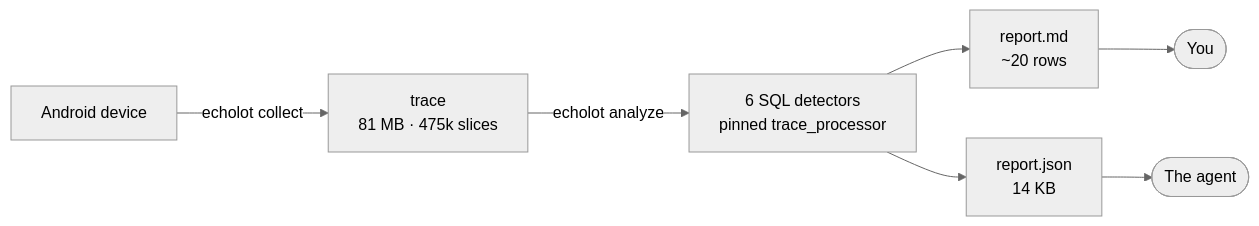
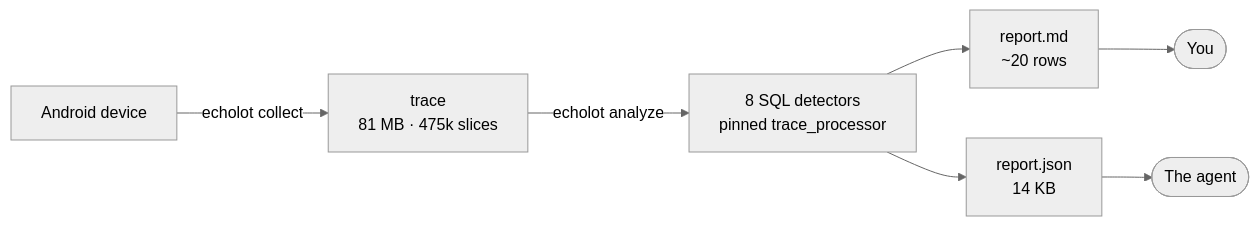
Before and after one commit to grishan0v/echolot: the diagram in README.md, drawn with Mermaid (neutral theme). The commit also changed other lines of this file and 3 other files, not shown here.

````diff
--- a/README.md
+++ b/README.md
@@ -331,15 +331,15 @@
 ```mermaid
 flowchart LR
     A["Android device"]
     B["trace<br/>81 MB · 475k slices"]
-    C["6 SQL detectors<br/>pinned trace_processor"]
+    C["8 SQL detectors<br/>pinned trace_processor"]
     D["report.md<br/>~20 rows"]
     E["report.json<br/>14 KB"]
     F(["You"])
     G(["The agent"])
 
     A -->|"echolot collect"| B
     B -->|"echolot analyze"| C
     C --> D --> F
     C --> E --> G
 ```
````
